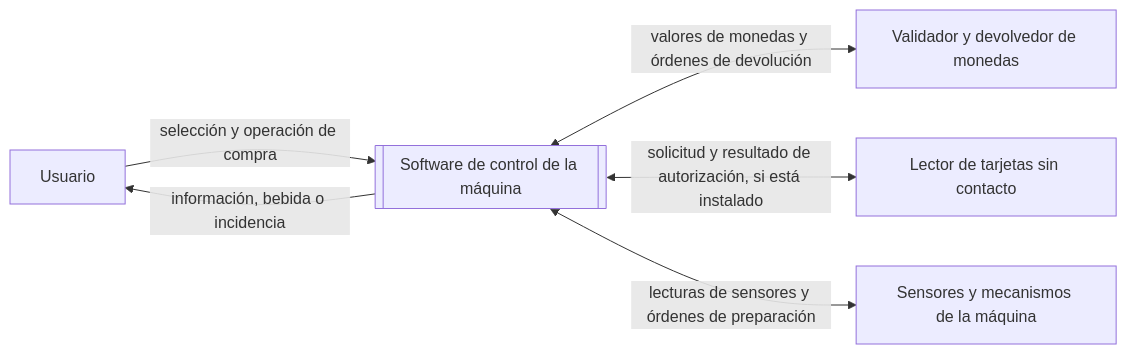
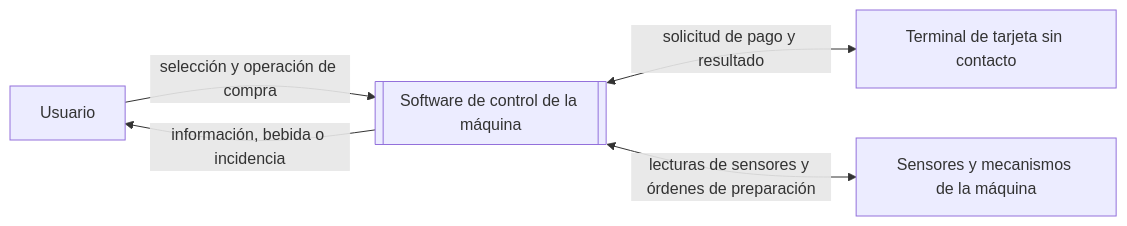
Before and after one commit to Mario-Padilla/UC3M-DCSE-P1: the diagram in docs/01-requisitos-iniciales/contexto-y-alcance.md, drawn with Mermaid. The commit also changed other lines of this file, not shown here.

Commit message:
docs: ajustar alcance a pago sin contacto

````diff
--- a/docs/01-requisitos-iniciales/contexto-y-alcance.md
+++ b/docs/01-requisitos-iniciales/contexto-y-alcance.md
@@ -19,9 +19,8 @@
 ```mermaid
 flowchart LR
     U[Usuario] -->|selección y operación de compra| S
     S -->|información, bebida o incidencia| U
-    S <-->|valores de monedas y órdenes de devolución| V[Validador y devolvedor de monedas]
-    S <-->|solicitud y resultado de autorización, si está instalado| T[Lector de tarjetas sin contacto]
+    S <-->|solicitud de pago y resultado| T[Terminal de tarjeta sin contacto]
     S <-->|lecturas de sensores y órdenes de preparación| H[Sensores y mecanismos de la máquina]
     S[[Software de control de la máquina]]
 ```
````
